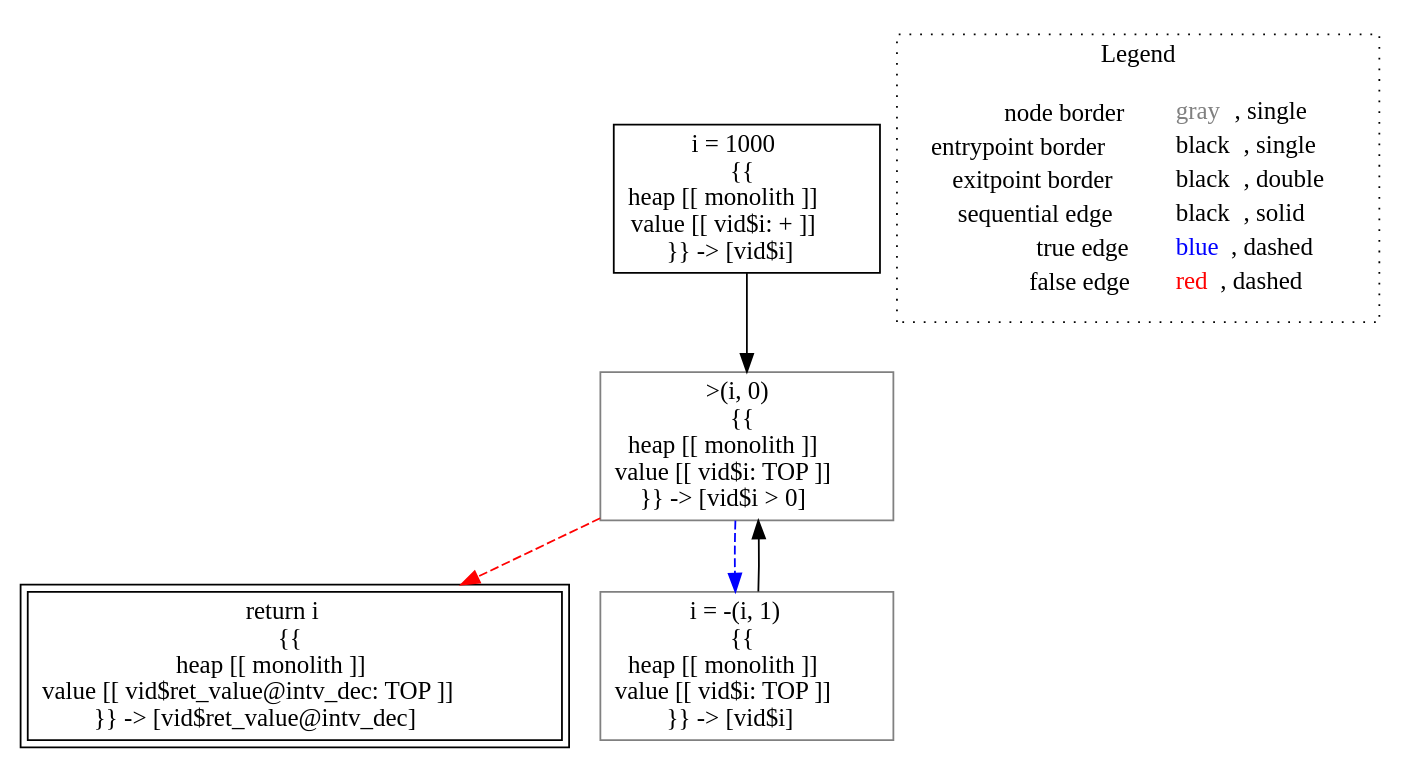
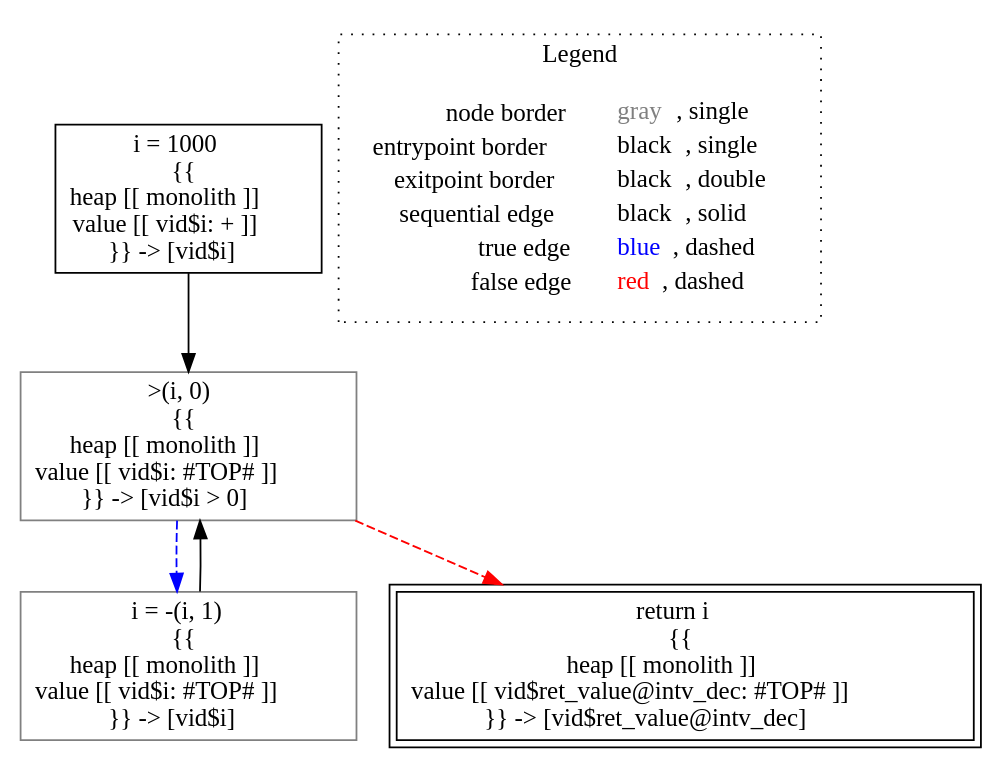
Before and after one commit to lisa-analyzer/lisa: the diagram in lisa/imp-testcases/numeric/sign/analysis___untyped_tutorial.intv_dec().dot, drawn with Graphviz. The commit also changed 30 other files, not shown here.

```diff
--- a/lisa/imp-testcases/numeric/sign/analysis___untyped_tutorial.intv_dec().dot
+++ b/lisa/imp-testcases/numeric/sign/analysis___untyped_tutorial.intv_dec().dot
@@ -1,17 +1,17 @@
 digraph {
 	"node0" [shape="rect",color="black",label=<i = 1000<BR/>{{<BR/>heap [[ monolith ]]<BR/>value [[ vid$i: + ]]<BR/>}} -&gt; [vid$i]>];
-	"node1" [shape="rect",color="gray",label=<&gt;(i, 0)<BR/>{{<BR/>heap [[ monolith ]]<BR/>value [[ vid$i: TOP ]]<BR/>}} -&gt; [vid$i &gt; 0]>];
-	"node2" [shape="rect",color="black",peripheries="2",label=<return i<BR/>{{<BR/>heap [[ monolith ]]<BR/>value [[ vid$ret_value@intv_dec: TOP ]]<BR/>}} -&gt; [vid$ret_value@intv_dec]>];
-	"node3" [shape="rect",color="gray",label=<i = -(i, 1)<BR/>{{<BR/>heap [[ monolith ]]<BR/>value [[ vid$i: TOP ]]<BR/>}} -&gt; [vid$i]>];
-	"node0" -> "node1" [color="black"];
-	"node1" -> "node2" [color="red",style="dashed"];
-	"node1" -> "node3" [color="blue",style="dashed"];
-	"node3" -> "node1" [color="black"];
+	"node1" [shape="rect",color="gray",label=<i = -(i, 1)<BR/>{{<BR/>heap [[ monolith ]]<BR/>value [[ vid$i: #TOP# ]]<BR/>}} -&gt; [vid$i]>];
+	"node2" [shape="rect",color="gray",label=<&gt;(i, 0)<BR/>{{<BR/>heap [[ monolith ]]<BR/>value [[ vid$i: #TOP# ]]<BR/>}} -&gt; [vid$i &gt; 0]>];
+	"node3" [shape="rect",color="black",peripheries="2",label=<return i<BR/>{{<BR/>heap [[ monolith ]]<BR/>value [[ vid$ret_value@intv_dec: #TOP# ]]<BR/>}} -&gt; [vid$ret_value@intv_dec]>];
+	"node0" -> "node2" [color="black"];
+	"node1" -> "node2" [color="black"];
+	"node2" -> "node1" [color="blue",style="dashed"];
+	"node2" -> "node3" [color="red",style="dashed"];
 subgraph cluster_legend {
 	label="Legend";
 	style=dotted;
 	node [shape=plaintext];
 	"legend" [label=<<table border="0" cellpadding="2" cellspacing="0" cellborder="0"><tr><td align="right">node border&nbsp;</td><td align="left"><font color="gray">gray</font>, single</td></tr><tr><td align="right">entrypoint border&nbsp;</td><td align="left"><font color="black">black</font>, single</td></tr><tr><td align="right">exitpoint border&nbsp;</td><td align="left"><font color="black">black</font>, double</td></tr><tr><td align="right">sequential edge&nbsp;</td><td align="left"><font color="black">black</font>, solid</td></tr><tr><td align="right">true edge&nbsp;</td><td align="left"><font color="blue">blue</font>, dashed</td></tr><tr><td align="right">false edge&nbsp;</td><td align="left"><font color="red">red</font>, dashed</td></tr></table>>];
 }
 
 }
```
